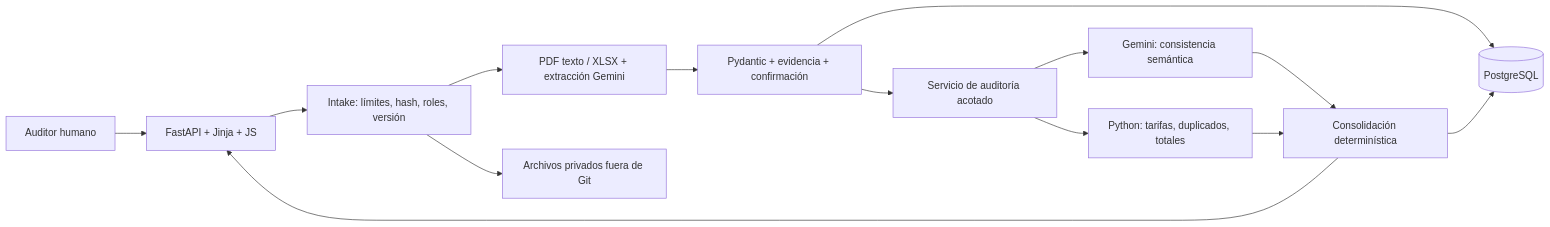
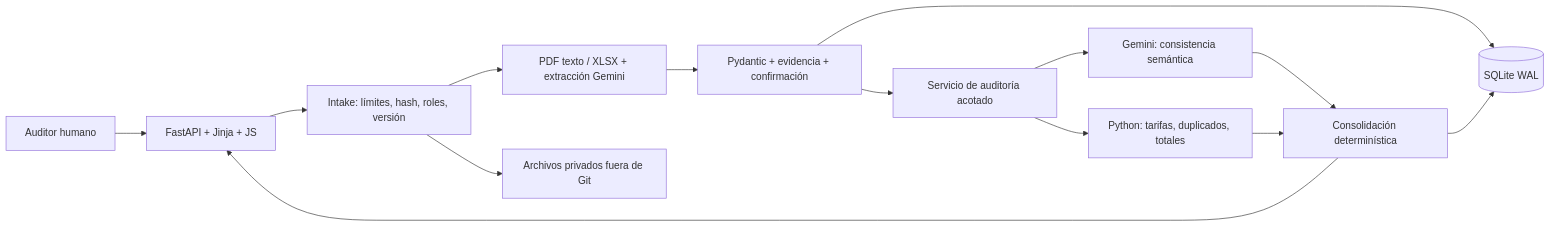
The diagram in docs/architecture.md (evallesv/hackia-sentria-reto2), drawn with Mermaid before and after one commit. The commit also changed other lines of this file and 14 other files, not shown here.

````diff
--- a/docs/architecture.md
+++ b/docs/architecture.md
@@ -3,16 +3,16 @@
 ```mermaid
 flowchart LR
   U[Auditor humano] --> UI[FastAPI + Jinja + JS]
   UI --> I[Intake: límites, hash, roles, versión]
   I --> X[PDF texto / XLSX + extracción Gemini]
   X --> V[Pydantic + evidencia + confirmación]
   V --> W[Servicio de auditoría acotado]
   W --> C[Gemini: consistencia semántica]
   W --> R[Python: tarifas, duplicados, totales]
   C --> E[Consolidación determinística]
   R --> E
   E --> UI
   I --> FS[Archivos privados fuera de Git]
-  V --> DB[(PostgreSQL)]
+  V --> DB[(SQLite WAL)]
   E --> DB
 ```
````
